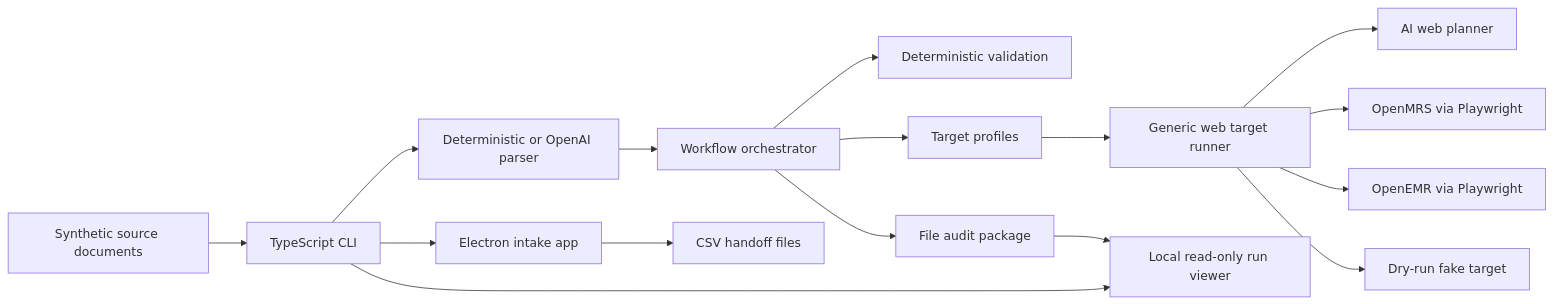
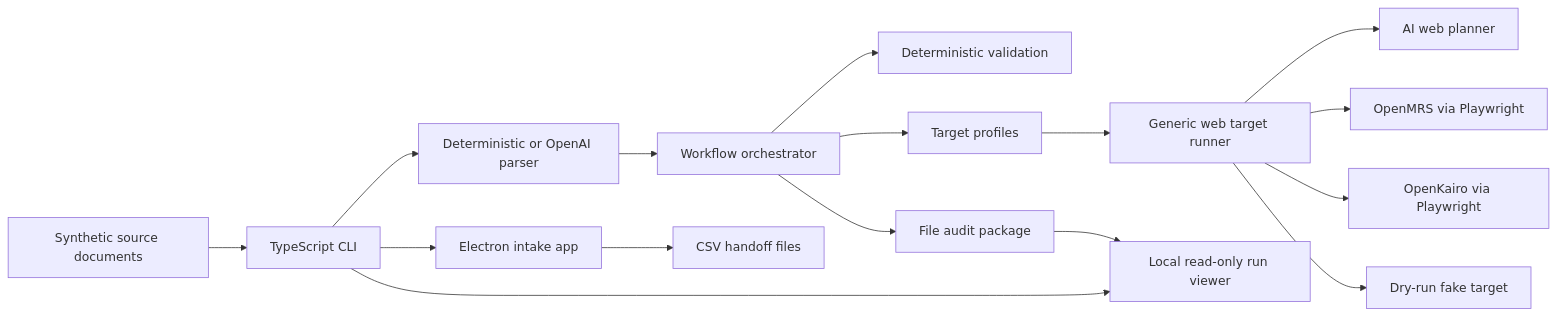
Before and after one commit to wm-pxel/agentic-ui-automation: the first of 2 diagrams in README.md, drawn with Mermaid. The commit also changed other lines of this file and 29 other files, not shown here.

````diff
--- a/README.md
+++ b/README.md
@@ -165,18 +229,18 @@
 ```mermaid
 flowchart LR
   Source["Synthetic source documents"] --> CLI["TypeScript CLI"]
   CLI --> Parser["Deterministic or OpenAI parser"]
   Parser --> Orchestrator["Workflow orchestrator"]
   Orchestrator --> Validation["Deterministic validation"]
   Orchestrator --> Profiles["Target profiles"]
   Profiles --> Runner["Generic web target runner"]
   Runner --> Planner["AI web planner"]
   Runner --> OpenMRS["OpenMRS via Playwright"]
-  Runner --> OpenEMR["OpenEMR via Playwright"]
+  Runner --> OpenKairo["OpenKairo via Playwright"]
   Runner --> Fake["Dry-run fake target"]
   CLI --> DesktopApp["Electron intake app"]
   DesktopApp --> Handoff["CSV handoff files"]
   Orchestrator --> Audit["File audit package"]
   CLI --> Viewer["Local read-only run viewer"]
   Audit --> Viewer
 ```
````
